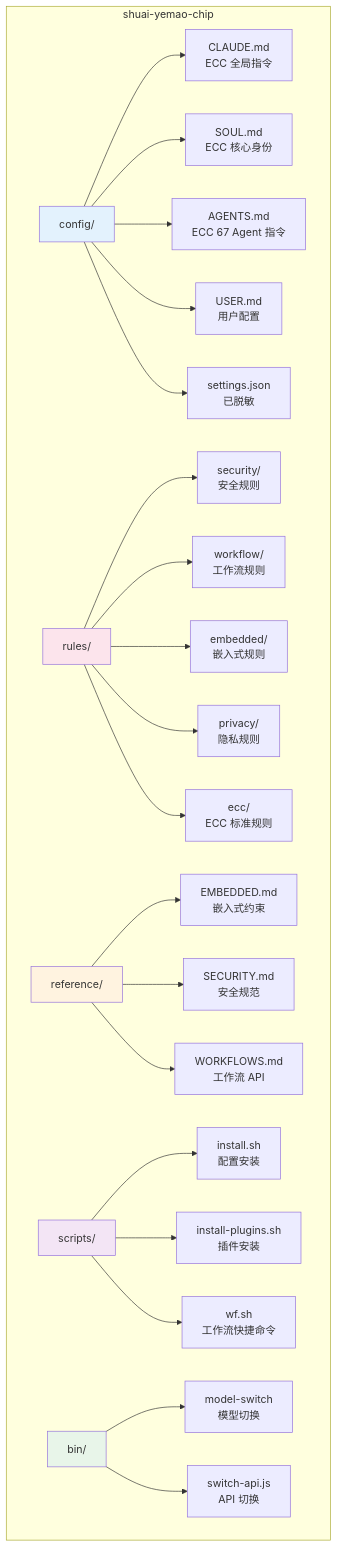
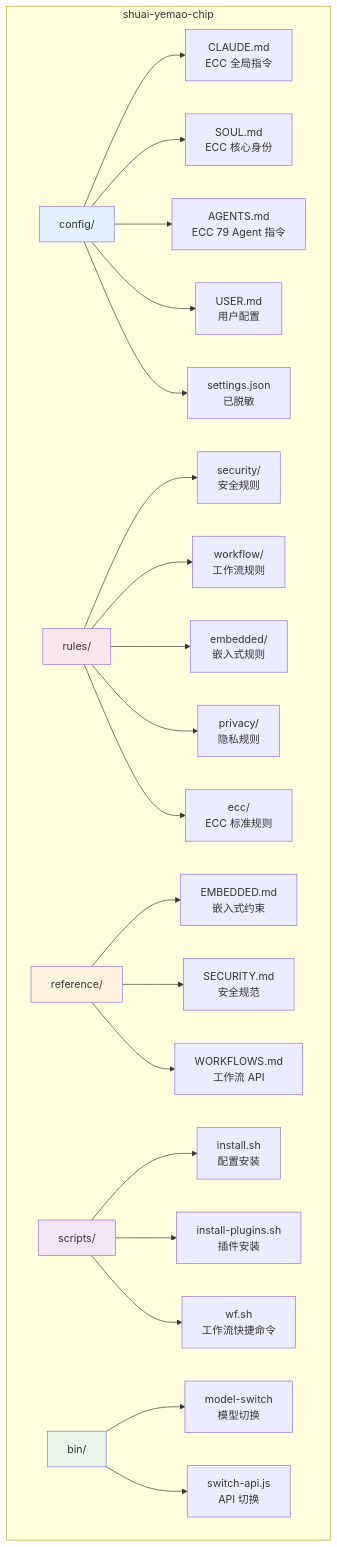
One commit to shuai-yemao/shuai-yemao-chip changed the fourth of 9 diagrams in README.md. Above: the diagram before and after it, drawn with Mermaid. The commit also changed other lines of this file and 82 other files, not shown here.

````diff
--- a/README.md
+++ b/README.md
@@ -127,33 +127,33 @@
 ```mermaid
 graph TB
     subgraph "shuai-yemao-chip"
         A[config/] --> A1[CLAUDE.md<br/>ECC 全局指令]
         A --> A2[SOUL.md<br/>ECC 核心身份]
-        A --> A3[AGENTS.md<br/>ECC 67 Agent 指令]
+        A --> A3[AGENTS.md<br/>ECC 79 Agent 指令]
         A --> A4[USER.md<br/>用户配置]
         A --> A5[settings.json<br/>已脱敏]
 
         B[rules/] --> B1[security/<br/>安全规则]
         B --> B2[workflow/<br/>工作流规则]
         B --> B3[embedded/<br/>嵌入式规则]
         B --> B4[privacy/<br/>隐私规则]
         B --> B5[ecc/<br/>ECC 标准规则]
 
         C[reference/] --> C1[EMBEDDED.md<br/>嵌入式约束]
         C --> C2[SECURITY.md<br/>安全规范]
         C --> C3[WORKFLOWS.md<br/>工作流 API]
 
         D[scripts/] --> D1[install.sh<br/>配置安装]
         D --> D2[install-plugins.sh<br/>插件安装]
         D --> D3[wf.sh<br/>工作流快捷命令]
 
         E[bin/] --> E1[model-switch<br/>模型切换]
         E --> E2[switch-api.js<br/>API 切换]
     end
 
     style A fill:#e3f2fd
     style B fill:#fce4ec
     style C fill:#fff3e0
     style D fill:#f3e5f5
     style E fill:#e8f5e9
 ```
````
